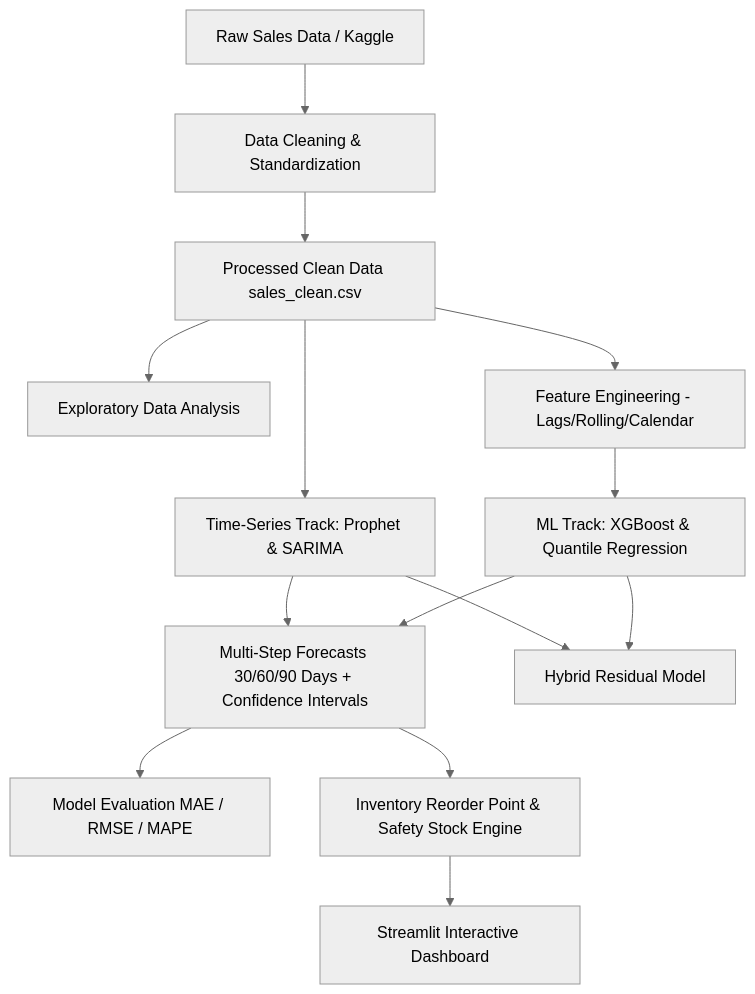
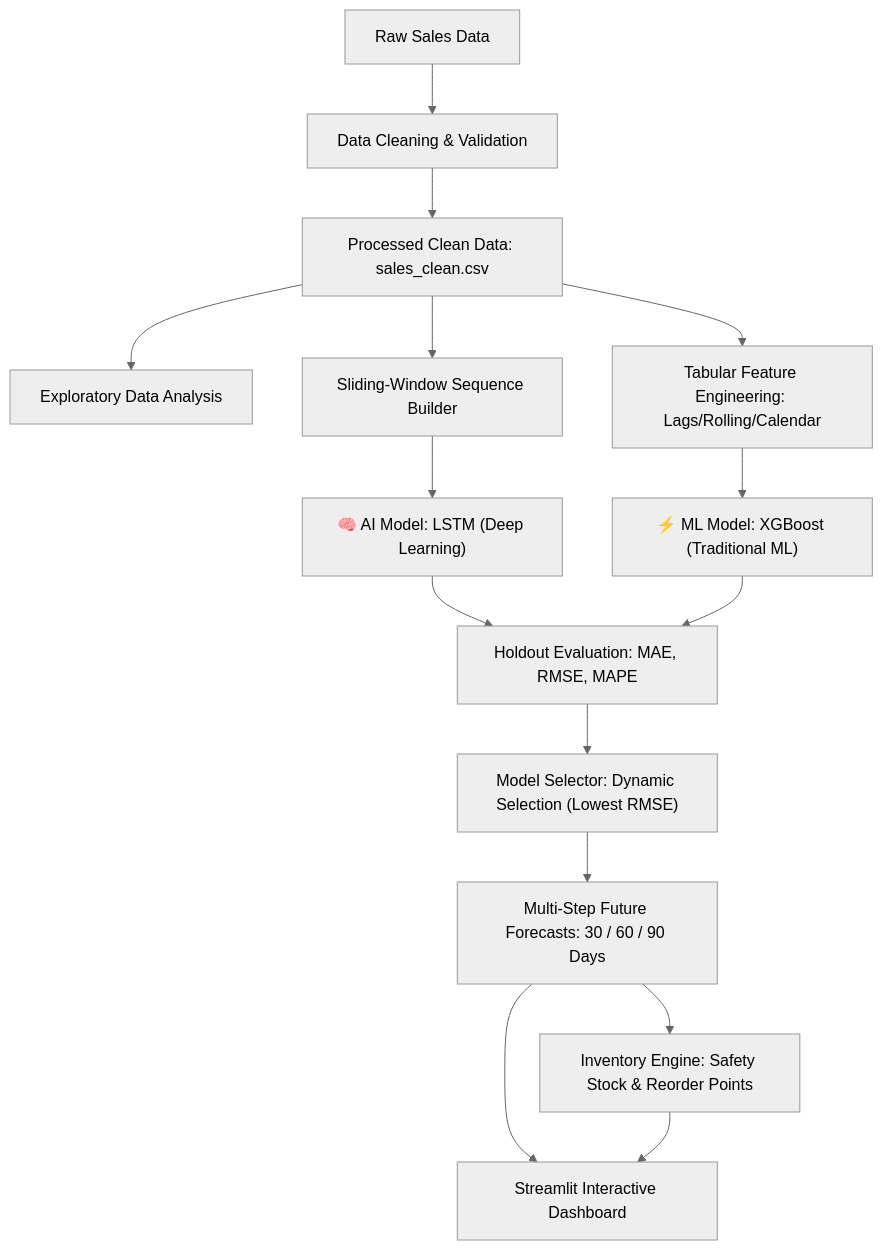
The diagram in architecture.md (Sandipannnn/RetailLens), drawn with Mermaid (neutral theme) before and after one commit. The commit also changed other lines of this file and 6 other files, not shown here.

First line of the commit message:
docs & arch: solidify dual-layer AI (LSTM) + ML (XGBoost) architecture

````diff
--- a/architecture.md
+++ b/architecture.md
@@ -9,18 +13,22 @@
 ```mermaid
 graph TD
-    A[Raw Sales Data / Kaggle] --> B[Data Cleaning & Standardization]
-    B --> C[Processed Clean Data sales_clean.csv]
+    A[Raw Sales Data] --> B[Data Cleaning & Validation]
+    B --> C[Processed Clean Data: sales_clean.csv]
     
     C --> D[Exploratory Data Analysis]
-    C --> E[Feature Engineering - Lags/Rolling/Calendar]
-    C --> F[Time-Series Track: Prophet & SARIMA]
-    E --> G[ML Track: XGBoost & Quantile Regression]
+    C --> E[Sliding-Window Sequence Builder]
+    C --> F[Tabular Feature Engineering: Lags/Rolling/Calendar]
     
-    F --> H[Multi-Step Forecasts 30/60/90 Days + Confidence Intervals]
-    G --> H
-    F & G --> I[Hybrid Residual Model]
+    E --> G["🧠 AI Model: LSTM (Deep Learning)"]
+    F --> H["⚡ ML Model: XGBoost (Traditional ML)"]
     
-    H --> J[Model Evaluation MAE / RMSE / MAPE]
-    H --> K[Inventory Reorder Point & Safety Stock Engine]
-    K --> L[Streamlit Interactive Dashboard]
+    G --> I[Holdout Evaluation: MAE, RMSE, MAPE]
+    H --> I
+    
+    I --> J["Model Selector: Dynamic Selection (Lowest RMSE)"]
+    J --> K[Multi-Step Future Forecasts: 30 / 60 / 90 Days]
+    
+    K --> L[Inventory Engine: Safety Stock & Reorder Points]
+    K --> M[Streamlit Interactive Dashboard]
+    L --> M
 ```
````
